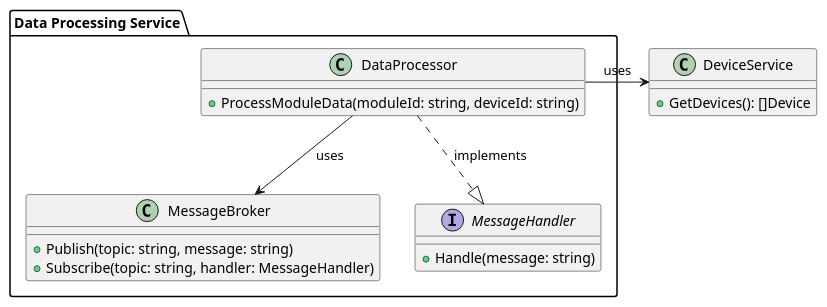
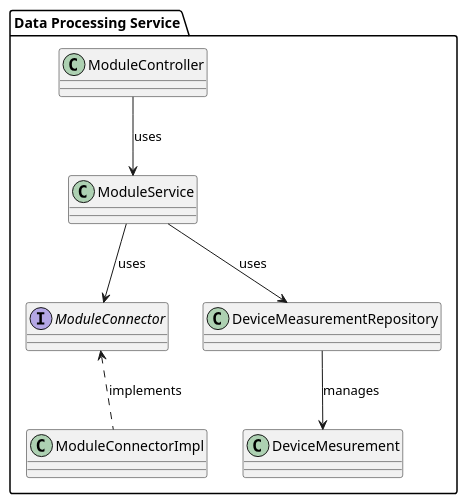
The diagram in diagram/code/SmartHome_DataProcessingService.puml (Madm1key/architecture-warmhouse), drawn with PlantUML before and after one commit. The commit also changed 4 other files, not shown here.

Commit message:
doc: обновлены диаграммы компонентов и сервисов для улучшения структуры и взаимодействия

```diff
--- a/diagram/code/SmartHome_DataProcessingService.puml
+++ b/diagram/code/SmartHome_DataProcessingService.puml
@@ -1,27 +1,11 @@
 @startuml
 package "Data Processing Service" {
-
-  class DataProcessor {
-    + ProcessModuleData(moduleId: string, deviceId: string)
-  }
-
-  class MessageBroker {
-    + Publish(topic: string, message: string)
-    + Subscribe(topic: string, handler: MessageHandler)
-  }
-
-  interface MessageHandler {
-    + Handle(message: string)
-  }
-
+  interface "ModuleConnector" as MC
+  class "ModuleConnectorImpl" as MCI
+  MCI .up.> MC : implements
+  ModuleService --> MC : uses
+  ModuleController --> ModuleService : uses
+  ModuleService --> DeviceMeasurementRepository : uses
+  DeviceMeasurementRepository --> DeviceMesurement : manages
 }
-
-class DeviceService {
-  + GetDevices(): []Device
-}
-
-DataProcessor --> MessageBroker : uses
-DataProcessor -right-> DeviceService : uses
-DataProcessor ..|> MessageHandler : implements
-
 @enduml
```
